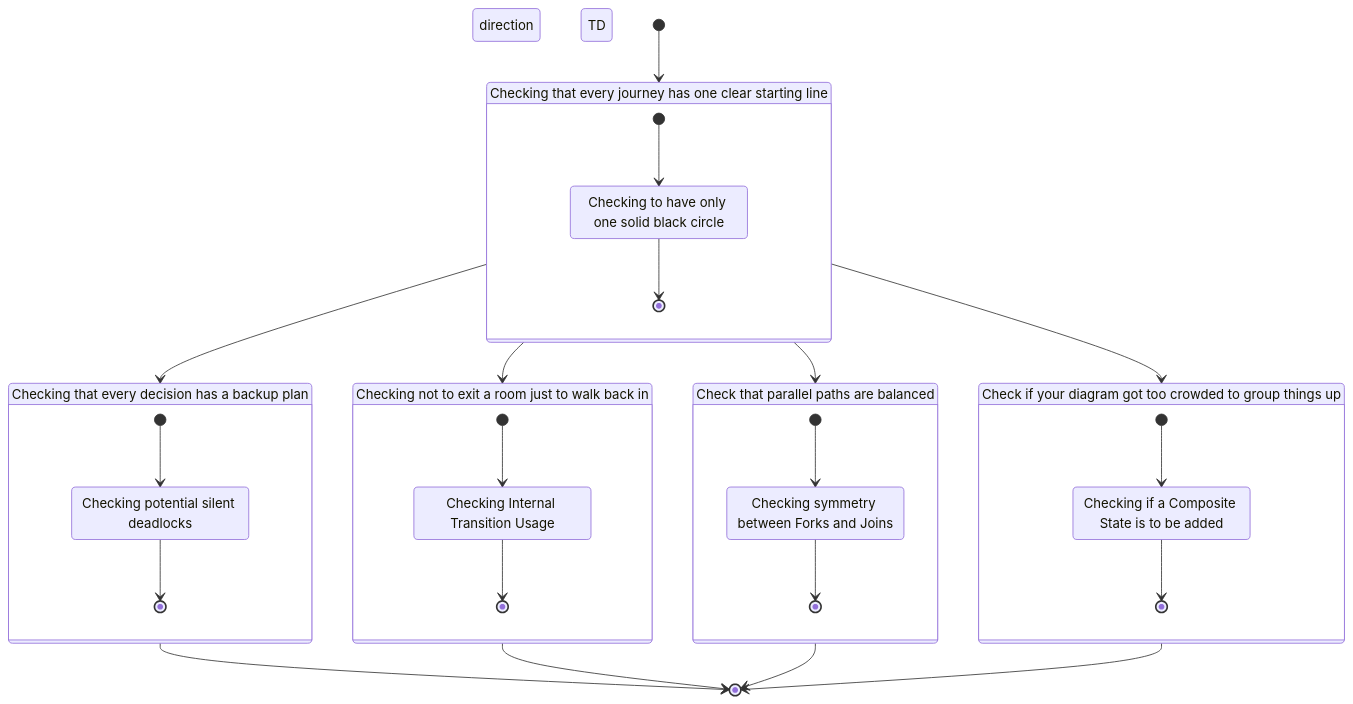
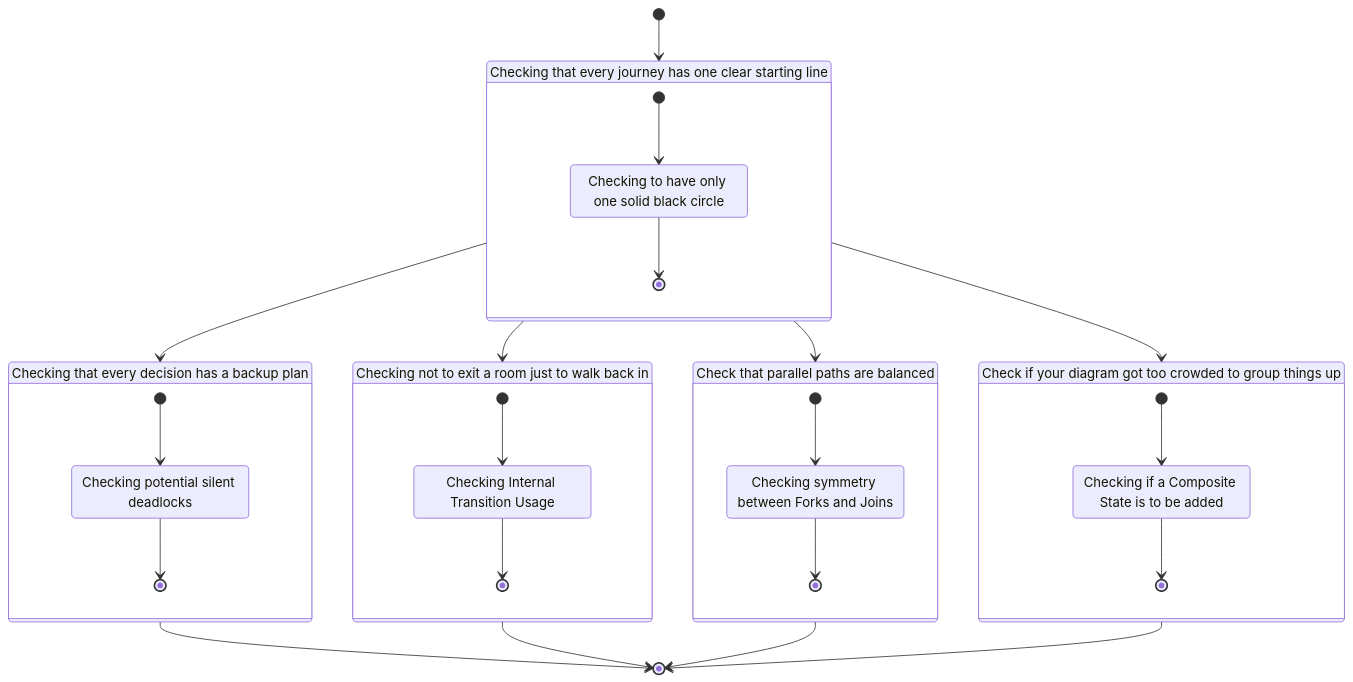
Before and after one commit to alebagnato/alebagnato.github.io: the sixth of 6 diagrams in HowtoWriteWonderfulStateMachinesByAlessandra.md, drawn with Mermaid.

````diff
--- a/HowtoWriteWonderfulStateMachinesByAlessandra.md
+++ b/HowtoWriteWonderfulStateMachinesByAlessandra.md
@@ -182,38 +182,37 @@
 ```mermaid
 stateDiagram-v2
-    direction TD
-    state "Checking that every journey has one clear starting line" as ClearStart {
+       state "Checking that every journey has one clear starting line" as ClearStart {
         OneBlackCircle : Checking to have only one solid black circle
         [*] --> OneBlackCircle
         OneBlackCircle --> [*]
     }
     state "Checking that every decision has a backup plan" as BackupPlan {
         SilentDeadlocks : Checking potential silent deadlocks
         [*] --> SilentDeadlocks
         SilentDeadlocks --> [*]
     }
     state "Checking not to exit a room just to walk back in" as NoExitLoop {
         InternalTransitions : Checking Internal Transition Usage
         [*] --> InternalTransitions
         InternalTransitions --> [*]
     }
     state "Check that parallel paths are balanced" as BalancedParallel {
         ForkJoinSymmetry : Checking symmetry between Forks and Joins
         [*] --> ForkJoinSymmetry
         ForkJoinSymmetry --> [*]
     }
     state "Check if your diagram got too crowded to group things up" as GroupCrowded {
         AddComposite : Checking if a Composite State is to be added
         [*] --> AddComposite
         AddComposite --> [*]
     }
     [*] --> ClearStart
     ClearStart --> BackupPlan
     ClearStart --> NoExitLoop
     ClearStart --> BalancedParallel
     ClearStart --> GroupCrowded
     BackupPlan --> [*]
     NoExitLoop --> [*]
     BalancedParallel --> [*]
     GroupCrowded --> [*]
 ```
````
